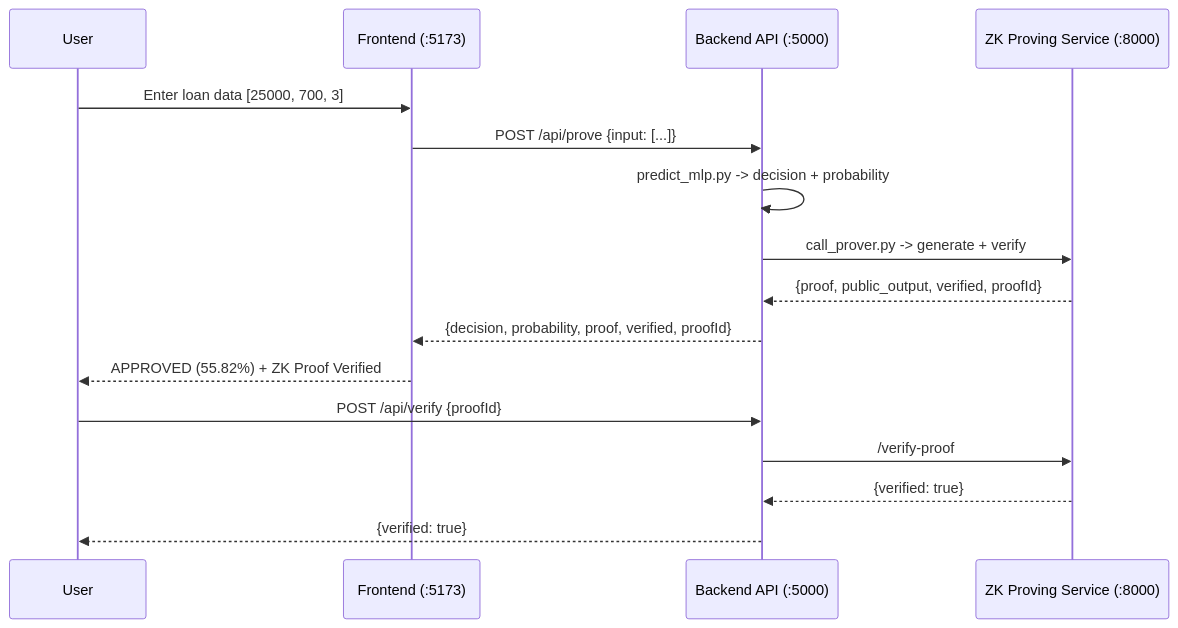
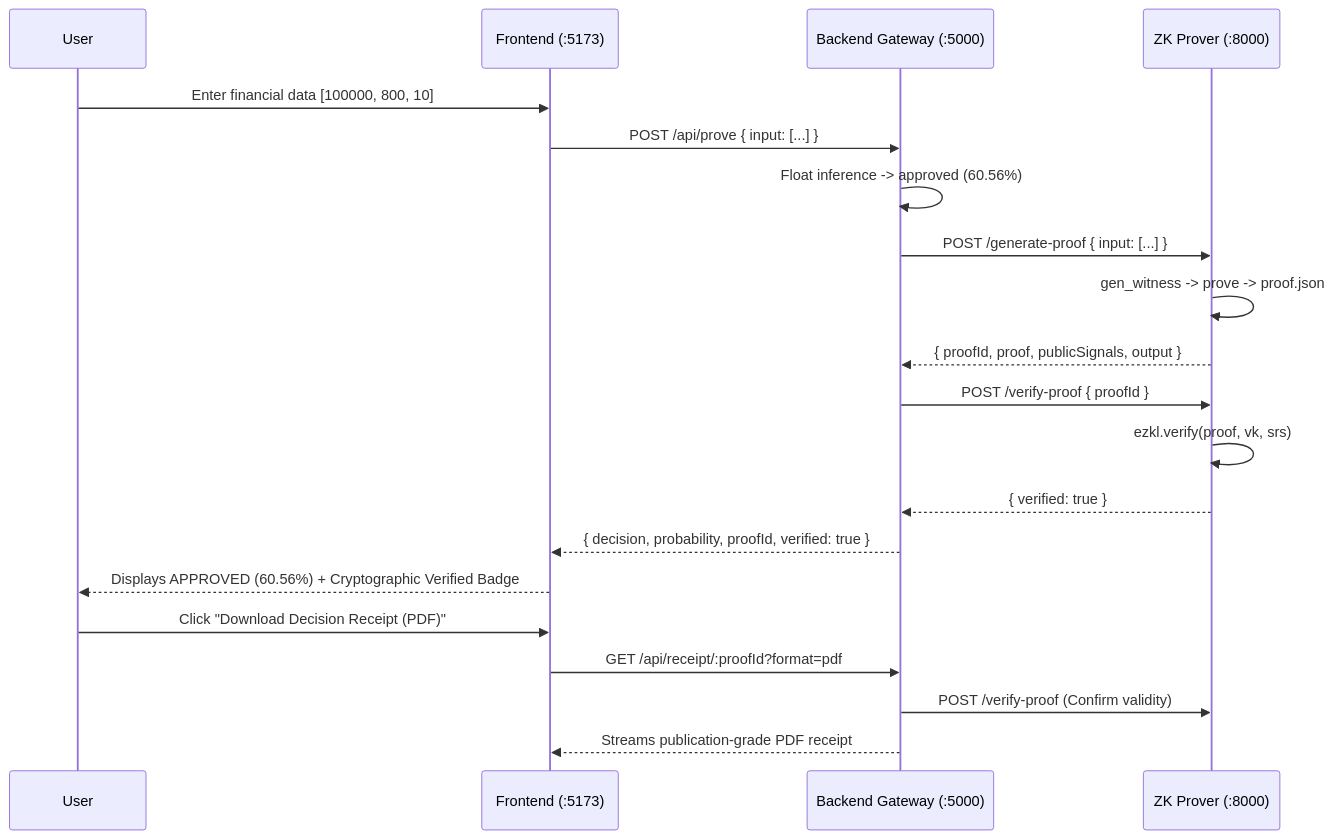
One commit to Hritikadas/veriscore changed the second of 2 diagrams in README.md. Above: the diagram before and after it, drawn with Mermaid. The commit also changed other lines of this file and 20 other files, not shown here.

Commit message:
Add Trust Lab and decision receipt

````diff
--- a/README.md
+++ b/README.md
@@ -60,18 +77,23 @@
 ```mermaid
 sequenceDiagram
-    participant U as User
-    participant F as Frontend (:5173)
-    participant B as Backend API (:5000)
-    participant P as ZK Proving Service (:8000)
-    U->>F: Enter loan data [25000, 700, 3]
-    F->>B: POST /api/prove {input: [...]}
-    B->>B: predict_mlp.py -> decision + probability
-    B->>P: call_prover.py -> generate + verify
-    P-->>B: {proof, public_output, verified, proofId}
-    B-->>F: {decision, probability, proof, verified, proofId}
-    F-->>U: APPROVED (55.82%) + ZK Proof Verified
-    U->>B: POST /api/verify {proofId}
-    B->>P: /verify-proof
-    P-->>B: {verified: true}
-    B-->>U: {verified: true}
+    participant User
+    participant Frontend as Frontend (:5173)
+    participant Backend as Backend Gateway (:5000)
+    participant Prover as ZK Prover (:8000)
+
+    User->>Frontend: Enter financial data [100000, 800, 10]
+    Frontend->>Backend: POST /api/prove { input: [...] }
+    Backend->>Backend: Float inference -> approved (60.56%)
+    Backend->>Prover: POST /generate-proof { input: [...] }
+    Prover->>Prover: gen_witness -> prove -> proof.json
+    Prover-->>Backend: { proofId, proof, publicSignals, output }
+    Backend->>Prover: POST /verify-proof { proofId }
+    Prover->>Prover: ezkl.verify(proof, vk, srs)
+    Prover-->>Backend: { verified: true }
+    Backend-->>Frontend: { decision, probability, proofId, verified: true }
+    Frontend-->>User: Displays APPROVED (60.56%) + Cryptographic Verified Badge
+    User->>Frontend: Click "Download Decision Receipt (PDF)"
+    Frontend->>Backend: GET /api/receipt/:proofId?format=pdf
+    Backend->>Prover: POST /verify-proof (Confirm validity)
+    Backend-->>Frontend: Streams publication-grade PDF receipt
 ```
````
